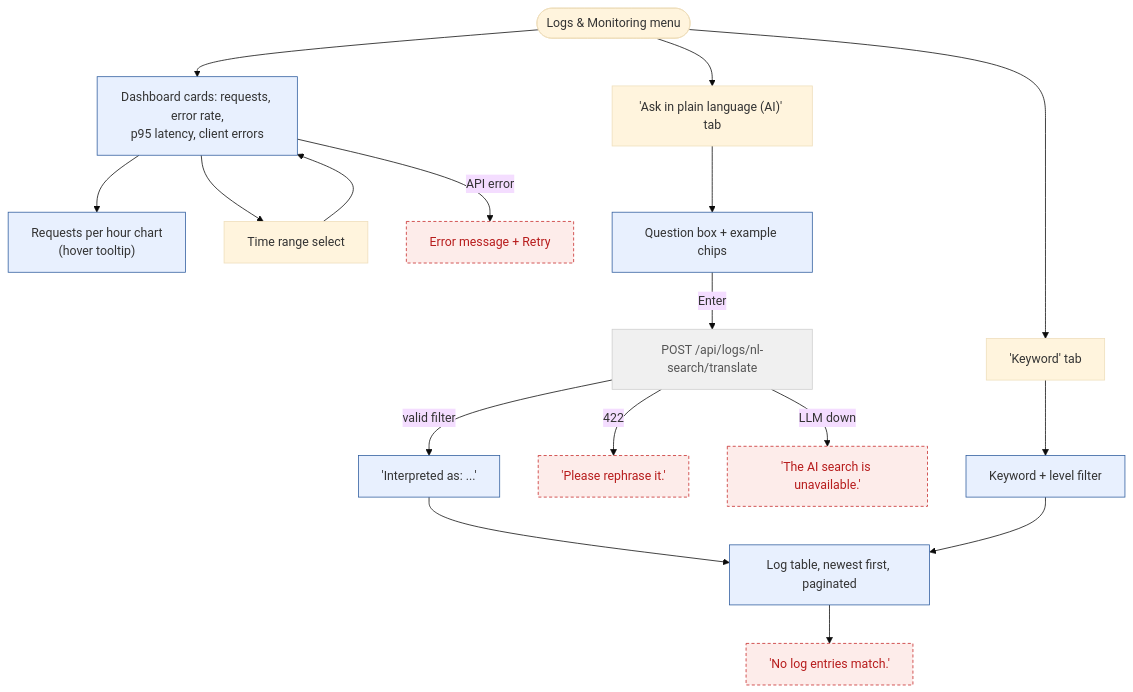
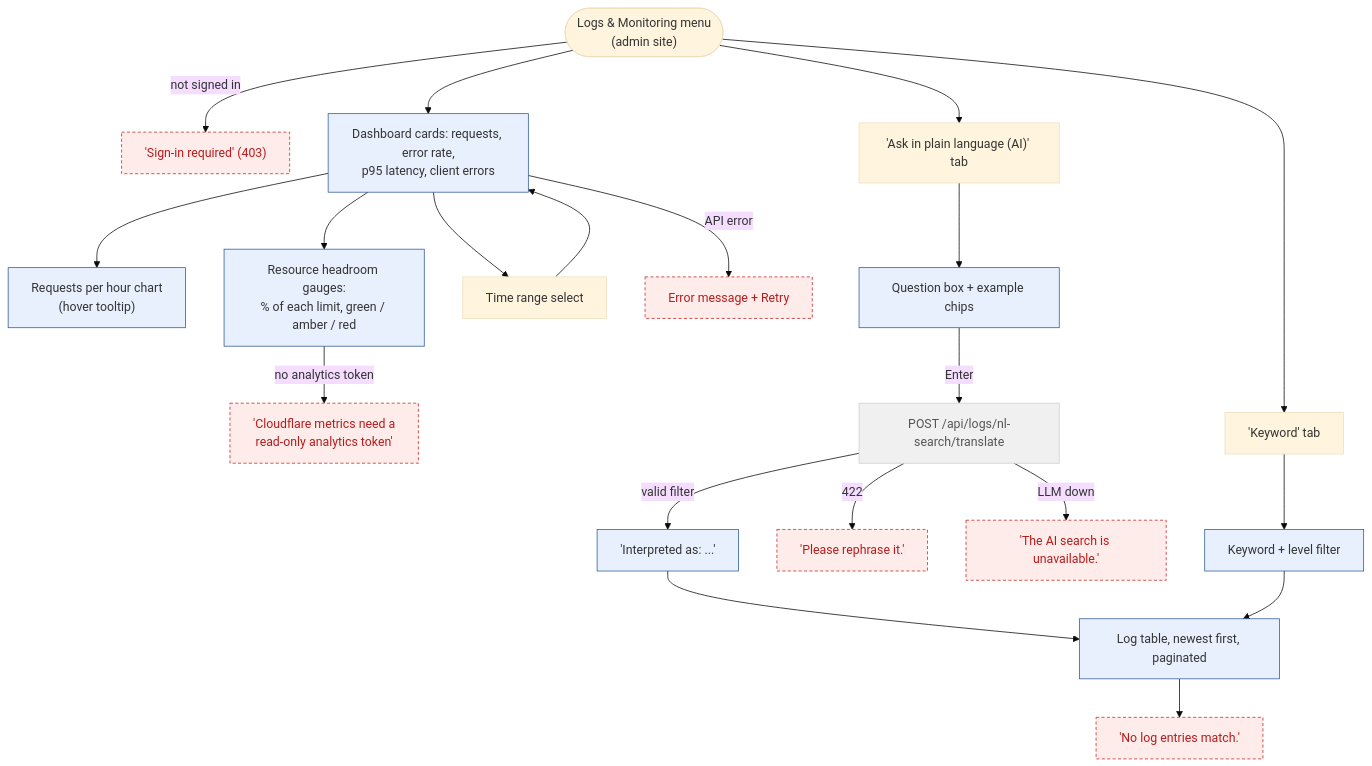
One commit to cd-jung/bookfinder changed the diagram in ux-flows/10-logs-monitoring.md. Above: the diagram before and after it, drawn with Mermaid (base theme). The commit also changed other lines of this file and 55 other files, not shown here.

First line of the commit message:
Admin site behind Cloudflare Access and resource headroom gauges

````diff
--- a/ux-flows/10-logs-monitoring.md
+++ b/ux-flows/10-logs-monitoring.md
@@ -7,28 +8,31 @@
 ```mermaid
 flowchart TD
-  enter(["Logs & Monitoring menu"]) --> dashboard["Dashboard cards: requests, error rate,<br/>p95 latency, client errors"]
+  enter(["Logs & Monitoring menu<br/>(admin site)"]) -->|"not signed in"| denied["'Sign-in required' (403)"]
+  enter --> dashboard["Dashboard cards: requests, error rate,<br/>p95 latency, client errors"]
   dashboard --> chart["Requests per hour chart<br/>(hover tooltip)"]
+  dashboard --> headroom["Resource headroom gauges:<br/>% of each limit, green / amber / red"]
+  headroom -->|"no analytics token"| cfMissing["'Cloudflare metrics need a<br/>read-only analytics token'"]
   dashboard --> range["Time range select"]
   range --> dashboard
   dashboard -->|"API error"| dashError["Error message + Retry"]
   enter --> nlTab["'Ask in plain language (AI)' tab"]
   nlTab --> question["Question box + example chips"]
   question -->|"Enter"| translate["POST /api/logs/nl-search/translate"]
   translate -->|"valid filter"| interpreted["'Interpreted as: ...'"]
   interpreted --> table["Log table, newest first, paginated"]
   translate -->|"422"| rephrase["'Please rephrase it.'"]
   translate -->|"LLM down"| unavailable["'The AI search is unavailable.'"]
   enter --> kwTab["'Keyword' tab"]
   kwTab --> keyword["Keyword + level filter"]
   keyword --> table
   table --> empty["'No log entries match.'"]
 
   classDef screen fill:#e8f0fe,stroke:#2f5d9e
   classDef hidden fill:#fdecea,stroke:#c62828,stroke-dasharray:4 3,color:#b71c1c
   classDef internal fill:#f0f0f0,stroke:#cfcfcf,color:#555555
-  class dashboard,chart,question,interpreted,table,keyword screen
-  class dashError,rephrase,unavailable,empty hidden
+  class dashboard,headroom,chart,question,interpreted,table,keyword screen
+  class denied,cfMissing,dashError,rephrase,unavailable,empty hidden
   class translate internal
 
   %% guide 06-logs-and-monitoring.md
 ```
````
